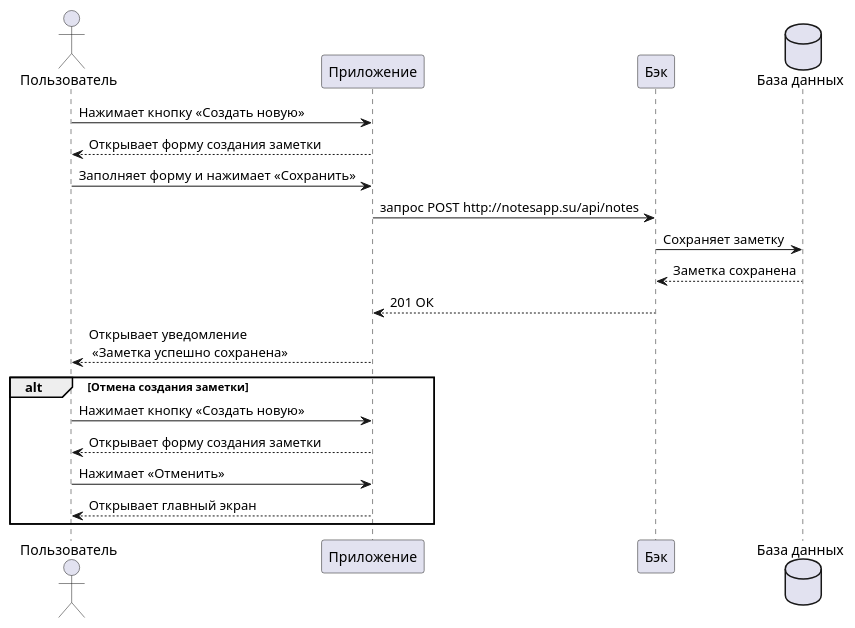
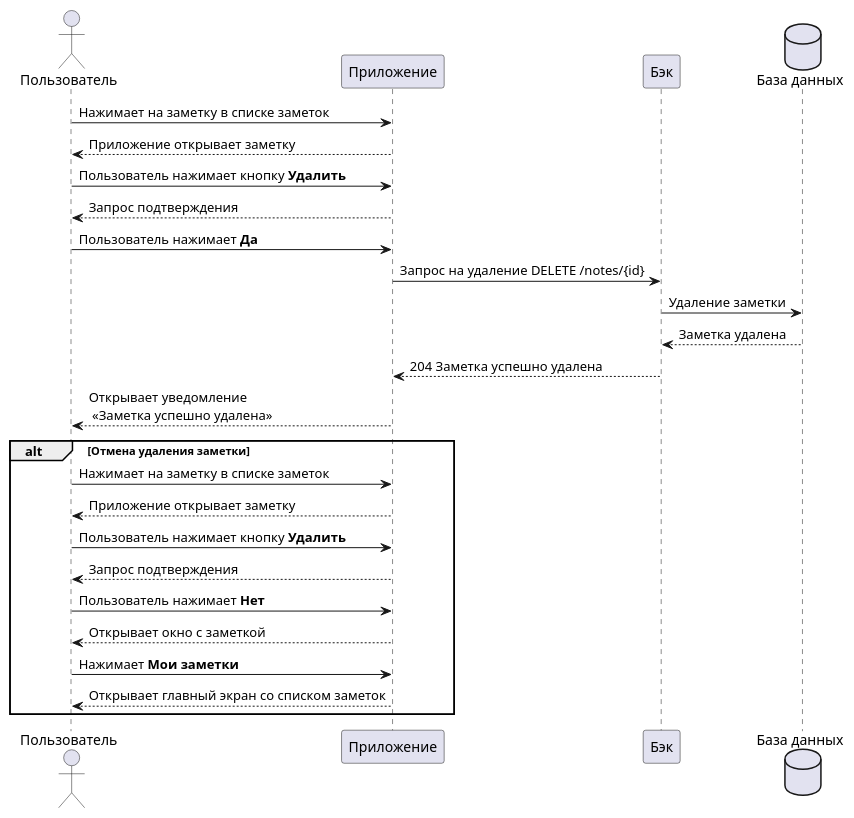
One commit to AlinAli16/portfolio_mkdocs changed the diagram in docs/instructions/notsap.md. Above: the diagram before and after it, drawn with PlantUML. The commit also changed other lines of this file and 1 other file, not shown here.

Commit message:
добавление диаграммы

````diff
--- a/docs/instructions/notsap.md
+++ b/docs/instructions/notsap.md
@@ -69,25 +69,31 @@
 ```puml
 @startuml
-actor Пользователь
-participant Приложение
-participant Бэк
-database "База данных"
+actor Пользователь as user
+participant Приложение as front
+participant Бэк as back
+database "База данных" as bd
 
-Пользователь -> Приложение: Нажимает кнопку «Создать новую»
-Пользователь <-- Приложение: Открывает форму создания заметки
-Пользователь -> Приложение: Заполняет форму и нажимает «Сохранить»
-Приложение -> Бэк: запрос POST http://notesapp.su/api/notes
-Бэк -> "База данных": Сохраняет заметку
-Бэк <-- "База данных": Заметка сохранена
-Бэк --> Приложение: 201 ОК
-Приложение --> Пользователь: Открывает уведомление\n «Заметка успешно сохранена»
+user -> front: Нажимает на заметку в списке заметок
+user <-- front: Приложение открывает заметку
+user -> front: Пользователь нажимает кнопку **Удалить**
+user <-- front: Запрос подтверждения
+user -> front: Пользователь нажимает **Да**
+front -> back : Запрос на удаление DELETE /notes/{id}
+back -> bd: Удаление заметки
+bd --> back: Заметка удалена
+front <-- back: 204 Заметка успешно удалена
+user <-- front: Открывает уведомление\n «Заметка успешно удалена»
 
-alt Отмена создания заметки
-Пользователь -> Приложение: Нажимает кнопку «Создать новую»
-Пользователь <-- Приложение: Открывает форму создания заметки
-Пользователь -> Приложение: Нажимает «Отменить»
-Приложение --> Пользователь: Открывает главный экран
+alt Отмена удаления заметки
+user -> front: Нажимает на заметку в списке заметок
+user <-- front: Приложение открывает заметку
+user -> front: Пользователь нажимает кнопку **Удалить**
+user <-- front: Запрос подтверждения
+user -> front: Пользователь нажимает **Нет**
+user <-- front: Открывает окно c заметкой
+user -> front: Нажимает **Мои заметки**
+front --> user: Открывает главный экран со списком заметок
 end alt
 
 @enduml
 ```
````
